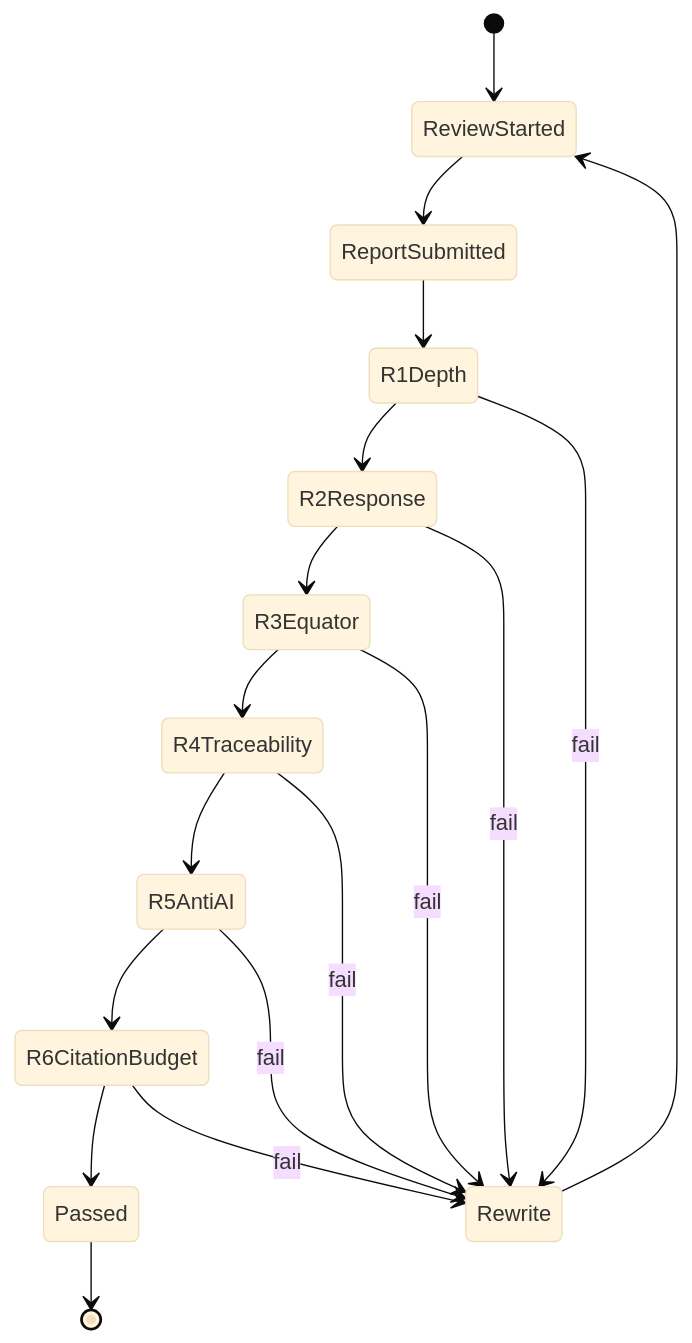
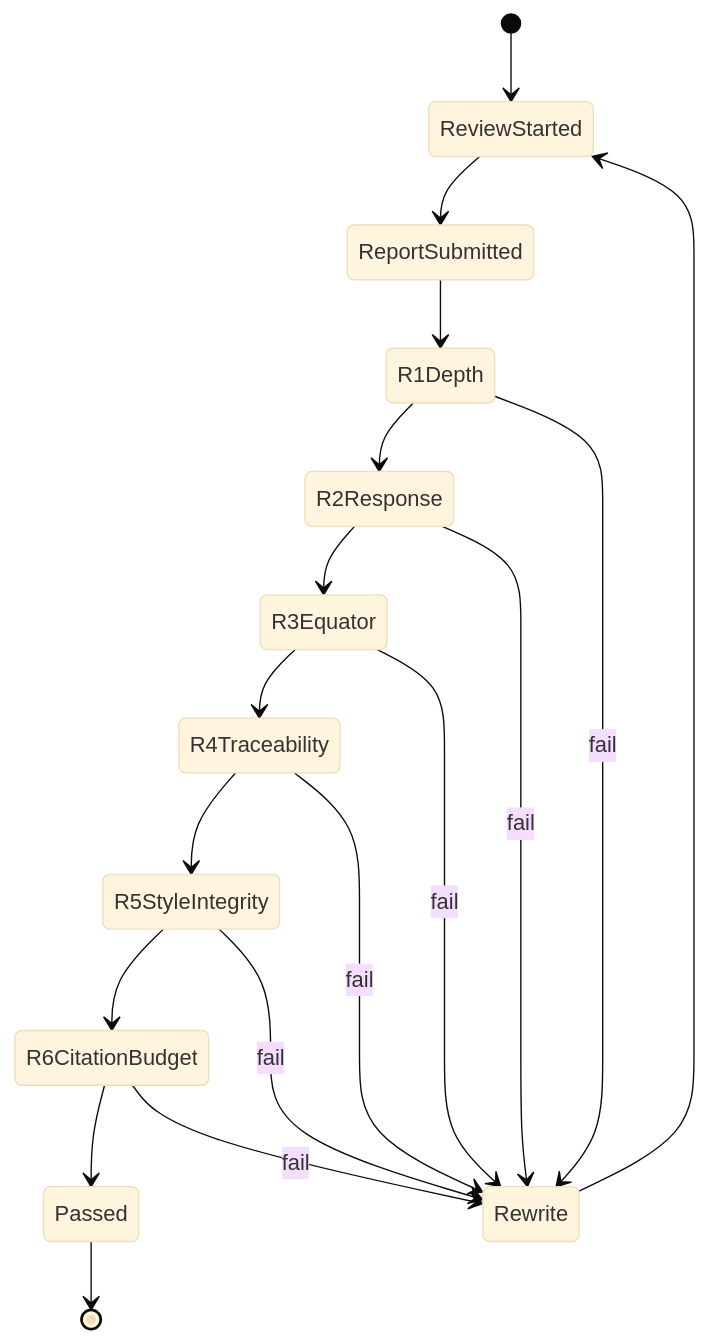
Before and after one commit to u9401066/med-paper-assistant: the third of 4 diagrams in docs/wiki/quality-and-audit.md, drawn with Mermaid (base theme). The commit also changed other lines of this file and 36 other files, not shown here.

````diff
--- a/docs/wiki/quality-and-audit.md
+++ b/docs/wiki/quality-and-audit.md
@@ -44,20 +44,20 @@
 ```mermaid
 stateDiagram-v2
     [*] --> ReviewStarted
     ReviewStarted --> ReportSubmitted
     ReportSubmitted --> R1Depth
     R1Depth --> R2Response
     R2Response --> R3Equator
     R3Equator --> R4Traceability
-    R4Traceability --> R5AntiAI
-    R5AntiAI --> R6CitationBudget
+    R4Traceability --> R5StyleIntegrity
+    R5StyleIntegrity --> R6CitationBudget
     R6CitationBudget --> Passed
     R1Depth --> Rewrite: fail
     R2Response --> Rewrite: fail
     R3Equator --> Rewrite: fail
     R4Traceability --> Rewrite: fail
-    R5AntiAI --> Rewrite: fail
+    R5StyleIntegrity --> Rewrite: fail
     R6CitationBudget --> Rewrite: fail
     Rewrite --> ReviewStarted
     Passed --> [*]
 ```
````
